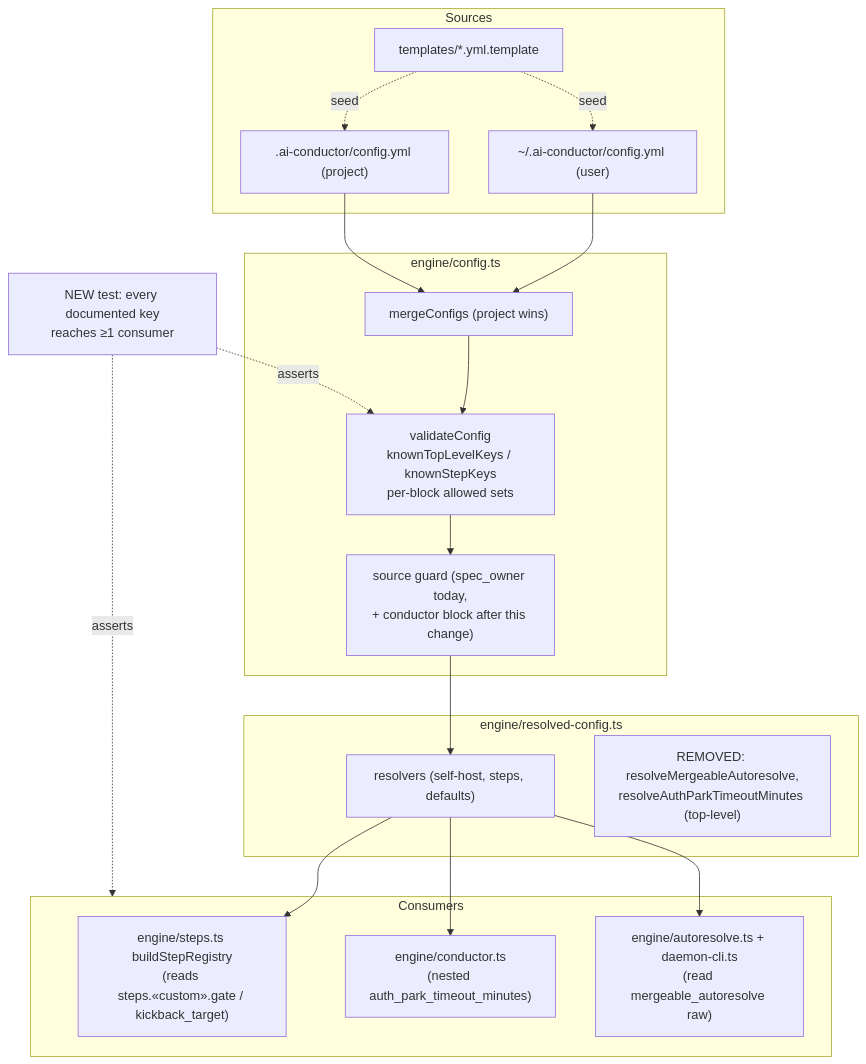
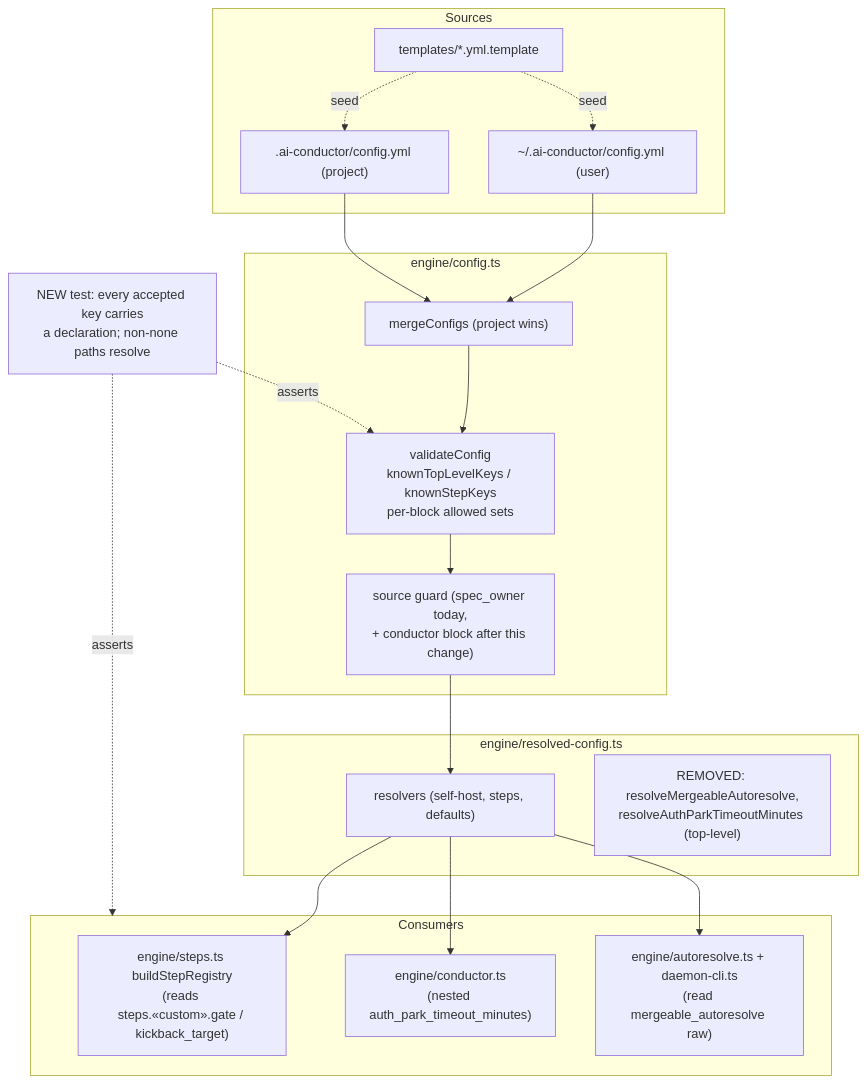
The diagram in .docs/architecture/config-keys-that-validate-but-have-no-consumer-inc.md (jstoup111/ai-conductor), drawn with Mermaid before and after one commit. The commit also changed other lines of this file and 4 other files, not shown here.

First line of the commit message:
fix(config): complete consumer registry coverage

````diff
--- a/.docs/architecture/config-keys-that-validate-but-have-no-consumer-inc.md
+++ b/.docs/architecture/config-keys-that-validate-but-have-no-consumer-inc.md
@@ -9,38 +9,38 @@
 ```mermaid
 graph TD
     subgraph Sources
         UserCfg["~/.ai-conductor/config.yml (user)"]
         ProjCfg[".ai-conductor/config.yml (project)"]
         Templates["templates/*.yml.template"]
     end
 
     subgraph Load["engine/config.ts"]
         Merge["mergeConfigs (project wins)"]
         Validate["validateConfig<br/>knownTopLevelKeys / knownStepKeys<br/>per-block allowed sets"]
         Guard["source guard (spec_owner today,<br/>+ conductor block after this change)"]
     end
 
     subgraph Resolve["engine/resolved-config.ts"]
         Resolvers["resolvers (self-host, steps, defaults)"]
         DeadResolvers["REMOVED: resolveMergeableAutoresolve,<br/>resolveAuthParkTimeoutMinutes (top-level)"]
     end
 
     subgraph Consumers
         StepRegistry["engine/steps.ts buildStepRegistry<br/>(reads steps.«custom».gate / kickback_target)"]
         Conductor["engine/conductor.ts<br/>(nested auth_park_timeout_minutes)"]
         Autoresolve["engine/autoresolve.ts + daemon-cli.ts<br/>(read mergeable_autoresolve raw)"]
     end
 
-    CoverageTest["NEW test: every documented key<br/>reaches ≥1 consumer"]
+    CoverageTest["NEW test: every accepted key carries<br/>a declaration; non-none paths resolve"]
 
     UserCfg --> Merge
     ProjCfg --> Merge
     Merge --> Validate --> Guard --> Resolvers
     Resolvers --> StepRegistry
     Resolvers --> Conductor
     Resolvers --> Autoresolve
     CoverageTest -.asserts.-> Validate
     CoverageTest -.asserts.-> Consumers
     Templates -.seed.-> UserCfg
     Templates -.seed.-> ProjCfg
 ```
````
